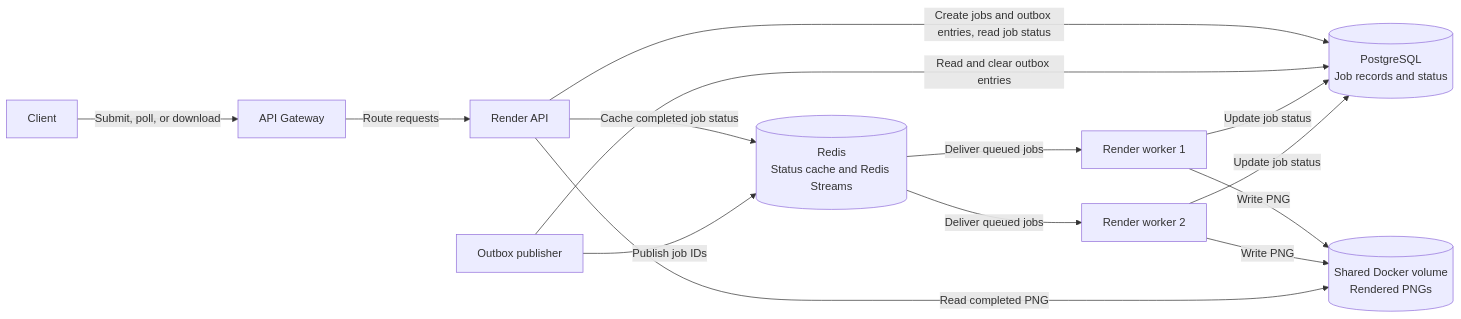
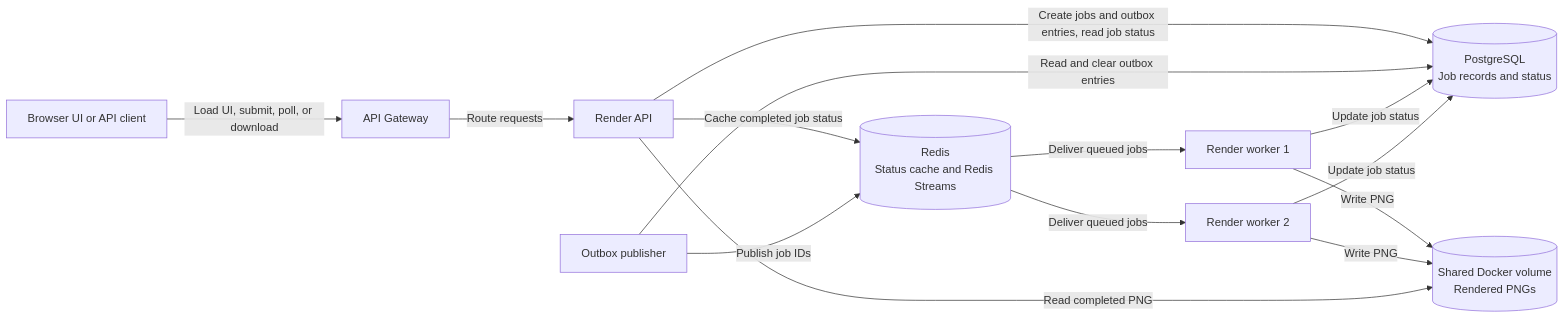
One commit to Brainstorm0/distributed-image-rendering-farm changed the third of 3 diagrams in docs/architecture.md. Above: the diagram before and after it, drawn with Mermaid. The commit also changed other lines of this file and 2 other files, not shown here.

````diff
--- a/docs/architecture.md
+++ b/docs/architecture.md
@@ -104,26 +104,26 @@
 ```mermaid
 flowchart LR
-    Client["Client"]
+    Client["Browser UI or API client"]
     Gateway["API Gateway"]
     API["Render API"]
     DB[("PostgreSQL<br/>Job records and status")]
     Redis[("Redis<br/>Status cache and Redis Streams")]
     Publisher["Outbox publisher"]
     W1["Render worker 1"]
     W2["Render worker 2"]
     Volume[("Shared Docker volume<br/>Rendered PNGs")]
 
-    Client -->|"Submit, poll, or download"| Gateway
+    Client -->|"Load UI, submit, poll, or download"| Gateway
     Gateway -->|"Route requests"| API
     API -->|"Create jobs and outbox entries, read job status"| DB
     API -->|"Cache completed job status"| Redis
     Publisher -->|"Read and clear outbox entries"| DB
     Publisher -->|"Publish job IDs"| Redis
     Redis -->|"Deliver queued jobs"| W1
     Redis -->|"Deliver queued jobs"| W2
     W1 -->|"Update job status"| DB
     W2 -->|"Update job status"| DB
     W1 -->|"Write PNG"| Volume
     W2 -->|"Write PNG"| Volume
     API -->|"Read completed PNG"| Volume
 ```
````
